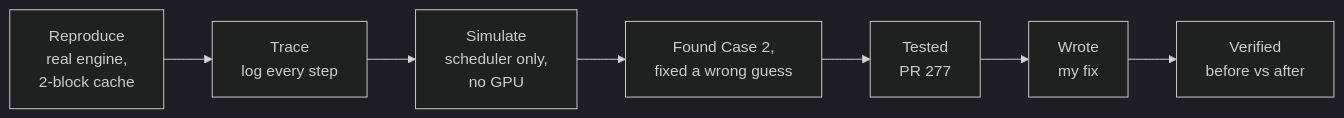
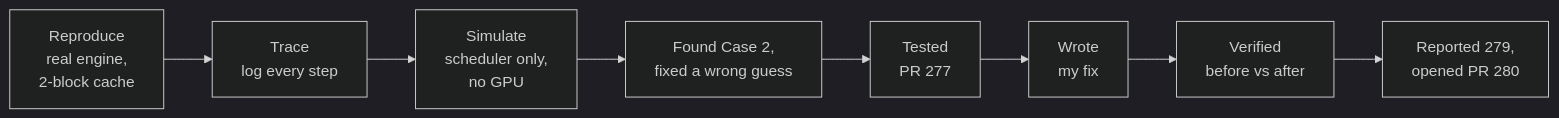
One commit to taigaoma1997/llm-infra-notes changed the second of 3 diagrams in notes/nano-vllm/issues/274-kv-cache-exhausted-assert.md. Above: the diagram before and after it, drawn with Mermaid (dark theme). The commit also changed other lines of this file and 5 other files, not shown here.

````diff
--- a/notes/nano-vllm/issues/274-kv-cache-exhausted-assert.md
+++ b/notes/nano-vllm/issues/274-kv-cache-exhausted-assert.md
@@ -62,9 +62,10 @@
 ```mermaid
 flowchart LR
   A["Reproduce<br/>real engine,<br/>2-block cache"] --> B["Trace<br/>log every step"]
   B --> C["Simulate<br/>scheduler only,<br/>no GPU"]
   C --> D["Found Case 2,<br/>fixed a wrong guess"]
   D --> E["Tested<br/>PR 277"]
   E --> F["Wrote<br/>my fix"]
   F --> G["Verified<br/>before vs after"]
+  G --> H["Reported 279,<br/>opened PR 280"]
 ```
````
